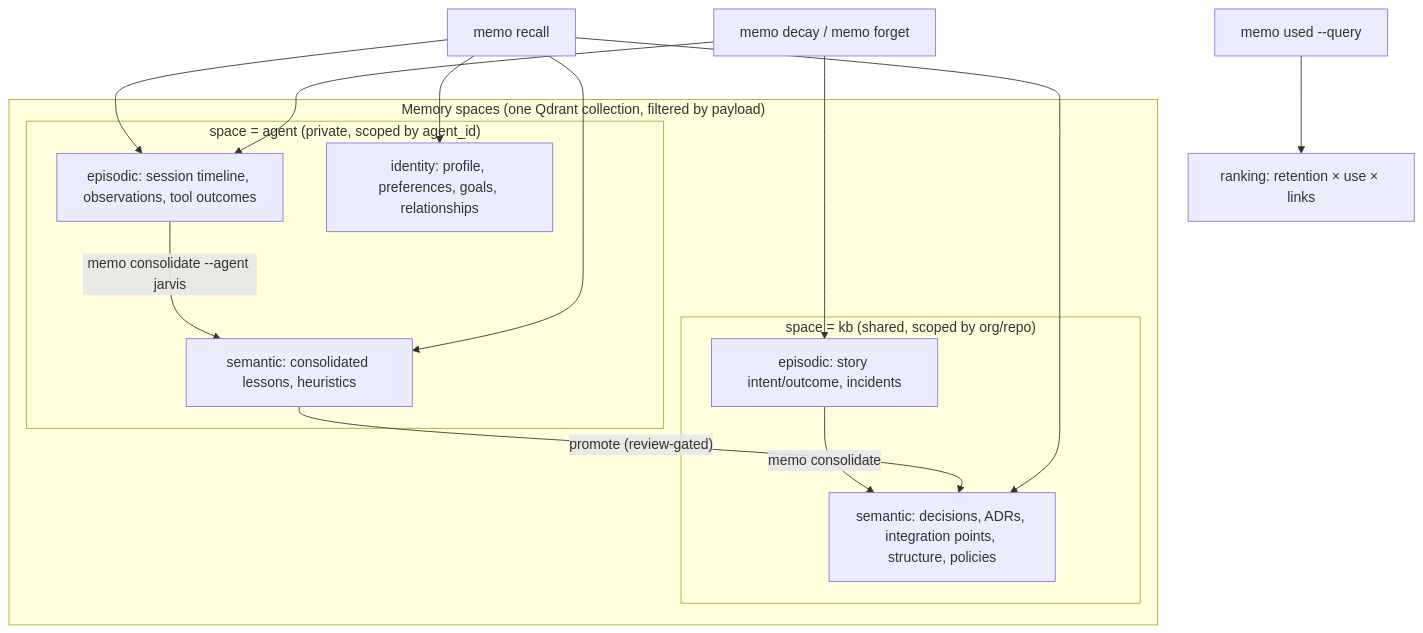
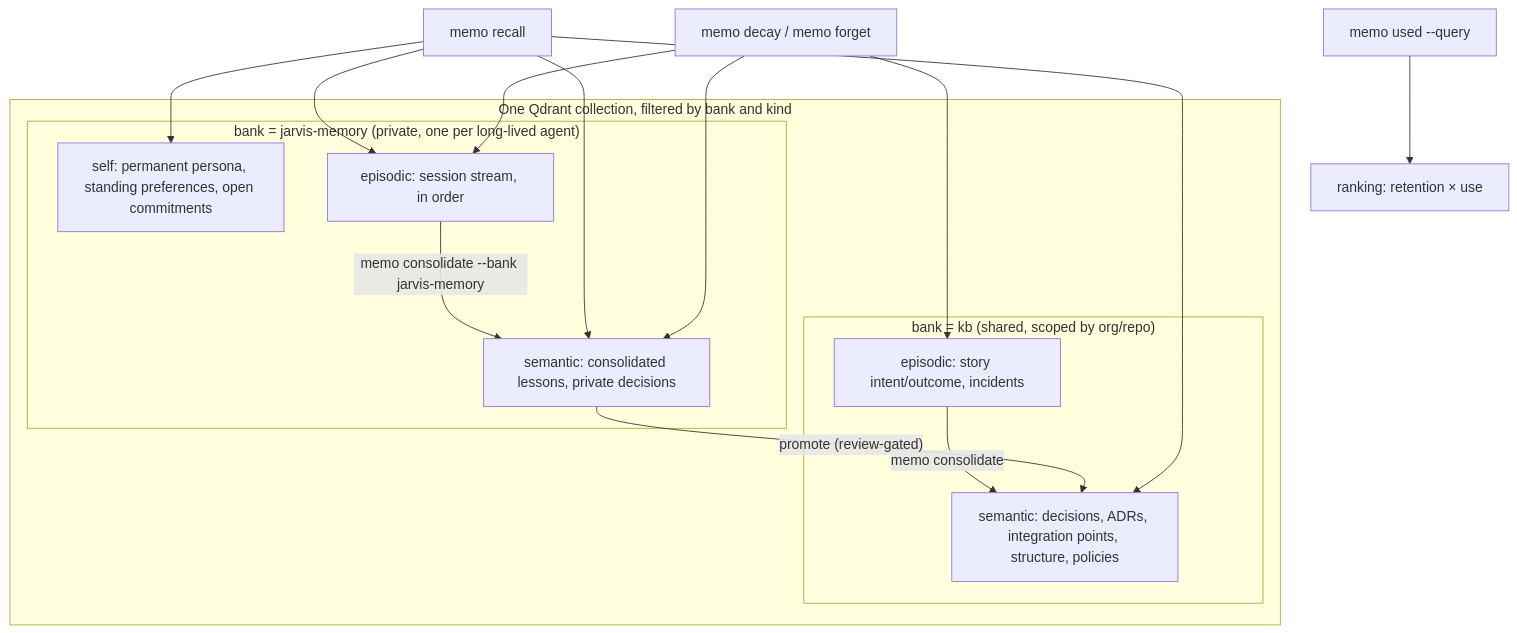
The first of 5 diagrams in docs/requirements/prd-004-long-lived-agent-memory.md (llipe/memo-cli), drawn with Mermaid before and after one commit. The commit also changed other lines of this file, not shown here.

First line of the commit message:
docs(requirements): PRD-004 v1.2 memory banks and deletion contract

````diff
--- a/docs/requirements/prd-004-long-lived-agent-memory.md
+++ b/docs/requirements/prd-004-long-lived-agent-memory.md
@@ -38,24 +39,25 @@
 ```mermaid
 flowchart TB
-  subgraph Spaces["Memory spaces (one Qdrant collection, filtered by payload)"]
-    subgraph KB["space = kb  (shared, scoped by org/repo)"]
-      KS[semantic: decisions, ADRs, integration points, structure, policies]
-      KE[episodic: story intent/outcome, incidents]
+  subgraph Q["One Qdrant collection, filtered by bank and kind"]
+    subgraph KB["bank = kb  (shared, scoped by org/repo)"]
+      KS["semantic: decisions, ADRs, integration points, structure, policies"]
+      KE["episodic: story intent/outcome, incidents"]
     end
-    subgraph AG["space = agent  (private, scoped by agent_id)"]
-      AE[episodic: session timeline, observations, tool outcomes]
-      AI[identity: profile, preferences, goals, relationships]
-      AS[semantic: consolidated lessons, heuristics]
+    subgraph B["bank = jarvis-memory  (private, one per long-lived agent)"]
+      BS["self: permanent persona, standing preferences, open commitments"]
+      BE["episodic: session stream, in order"]
+      BL["semantic: consolidated lessons, private decisions"]
     end
   end
   KE -- "memo consolidate" --> KS
-  AE -- "memo consolidate --agent jarvis" --> AS
-  AS -- "promote (review-gated)" --> KS
-  R["memo recall"] --> KS
-  R --> AI
-  R --> AS
-  R --> AE
-  U["memo used --query"] --> Rank[ranking: retention × use × links]
+  BE -- "memo consolidate --bank jarvis-memory" --> BL
+  BL -- "promote (review-gated)" --> KS
+  R["memo recall"] --> BS
+  R --> KS
+  R --> BL
+  R --> BE
+  U["memo used --query"] --> Rank["ranking: retention × use"]
   D["memo decay / memo forget"] --> KE
-  D --> AE
+  D --> BE
+  D --> BL
 ```
````
